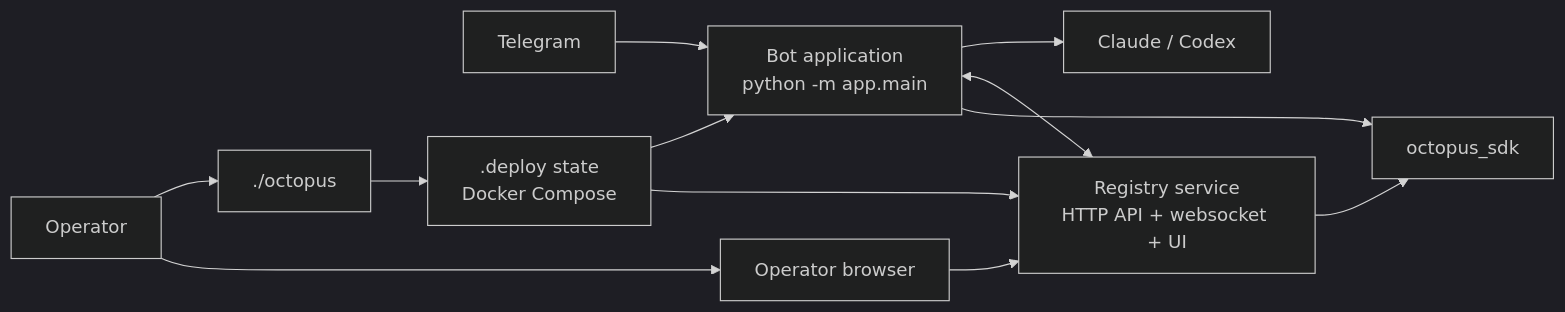
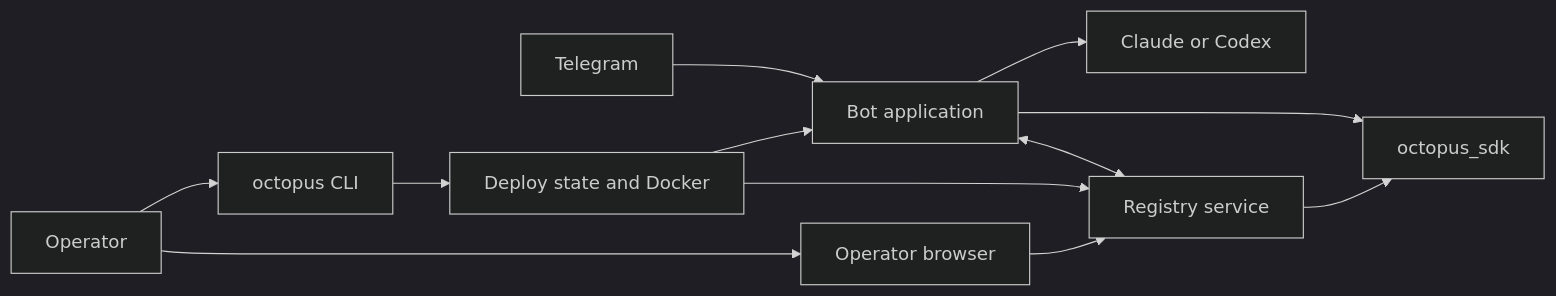
The first of 8 diagrams in ARCHITECTURE.md (privacynow/octopus), drawn with Mermaid (dark theme) before and after one commit. The commit also changed other lines of this file, not shown here.

Commit message:
Fix architecture diagrams

````diff
--- a/ARCHITECTURE.md
+++ b/ARCHITECTURE.md
@@ -18,16 +18,16 @@
 ```mermaid
 flowchart LR
-    Operator["Operator"] --> CLI["./octopus"]
-    Operator --> Browser["Operator browser"]
-    Telegram["Telegram"] --> Bot["Bot application<br/>python -m app.main"]
+    operator["Operator"] --> cli["octopus CLI"]
+    operator --> browser["Operator browser"]
+    telegram["Telegram"] --> bot["Bot application"]
 
-    CLI --> Deploy[".deploy state<br/>Docker Compose"]
-    Deploy --> Bot
-    Deploy --> Registry["Registry service<br/>HTTP API + websocket + UI"]
+    cli --> deploy["Deploy state and Docker"]
+    deploy --> bot
+    deploy --> registry["Registry service"]
 
-    Browser --> Registry
-    Bot --> Provider["Claude / Codex"]
-    Bot <--> Registry
-    Bot --> SDK["octopus_sdk"]
-    Registry --> SDK
+    browser --> registry
+    bot --> provider["Claude or Codex"]
+    bot --> sdk["octopus_sdk"]
+    bot <--> registry
+    registry --> sdk
 ```
````
